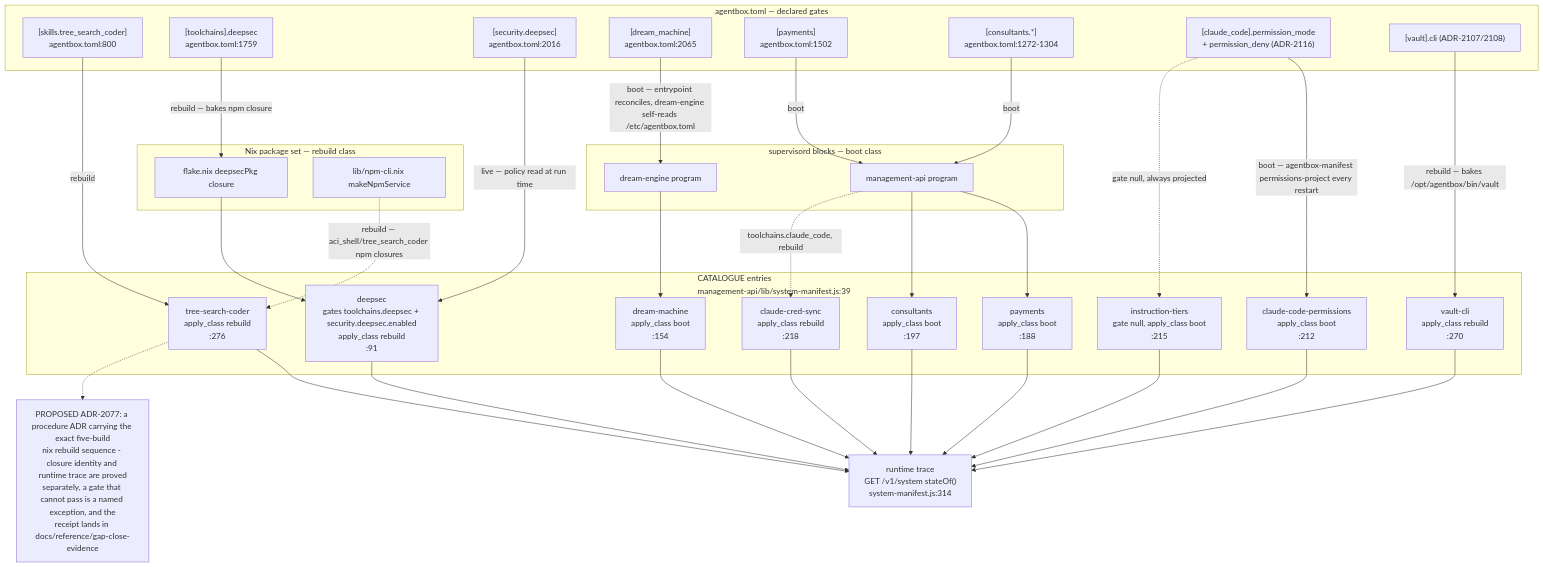
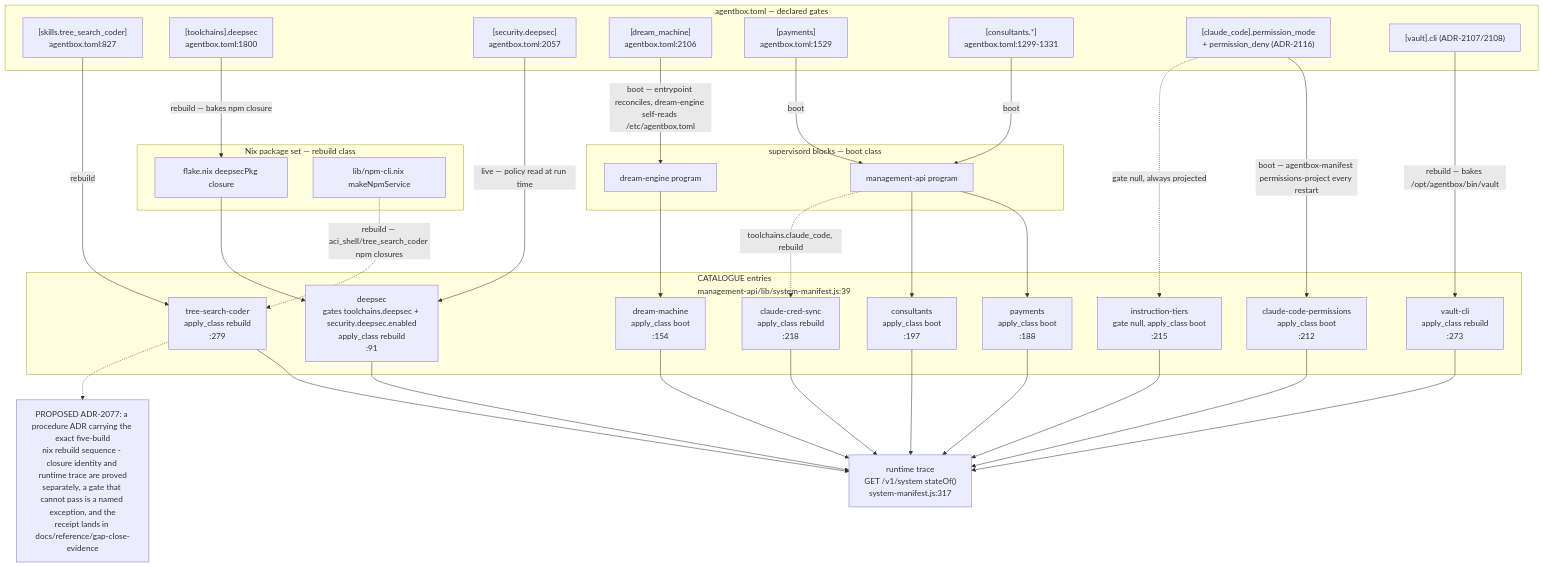
The first of 14 diagrams in docs/diagrams/agentbox/15-capability-gating-spend-consultants.md (DreamLab-AI/VisionFlow), drawn with Mermaid before and after one commit. The commit also changed other lines of this file and 94 other files, not shown here.

First line of the commit message:
docs(diagrams): re-verify 130 topics against 2 October HEADs

````diff
--- a/docs/diagrams/agentbox/15-capability-gating-spend-consultants.md
+++ b/docs/diagrams/agentbox/15-capability-gating-spend-consultants.md
@@ -52,61 +52,61 @@
 ```mermaid
 flowchart TD
     subgraph M["agentbox.toml — declared gates"]
-        M1["[skills.tree_search_coder]<br/>agentbox.toml:800"]
-        M2["[toolchains].deepsec<br/>agentbox.toml:1759"]
-        M3["[security.deepsec]<br/>agentbox.toml:2016"]
-        M4["[dream_machine]<br/>agentbox.toml:2065"]
-        M5["[payments]<br/>agentbox.toml:1502"]
-        M6["[consultants.*]<br/>agentbox.toml:1272-1304"]
+        M1["[skills.tree_search_coder]<br/>agentbox.toml:827"]
+        M2["[toolchains].deepsec<br/>agentbox.toml:1800"]
+        M3["[security.deepsec]<br/>agentbox.toml:2057"]
+        M4["[dream_machine]<br/>agentbox.toml:2106"]
+        M5["[payments]<br/>agentbox.toml:1529"]
+        M6["[consultants.*]<br/>agentbox.toml:1299-1331"]
         M7["[claude_code].permission_mode<br/>+ permission_deny (ADR-2116)"]
         M8["[vault].cli (ADR-2107/2108)"]
     end
     subgraph N["Nix package set — rebuild class"]
         N1["flake.nix deepsecPkg closure"]
         N2["lib/npm-cli.nix makeNpmService"]
     end
     subgraph S["supervisord blocks — boot class"]
         S1["dream-engine program"]
         S2["management-api program"]
     end
     subgraph C["CATALOGUE entries<br/>management-api/lib/system-manifest.js:39"]
-        C1["tree-search-coder<br/>apply_class rebuild<br/>:276"]
+        C1["tree-search-coder<br/>apply_class rebuild<br/>:279"]
         C2["deepsec<br/>gates toolchains.deepsec + security.deepsec.enabled<br/>apply_class rebuild<br/>:91"]
         C3["dream-machine<br/>apply_class boot<br/>:154"]
         C4["payments<br/>apply_class boot<br/>:188"]
         C5["consultants<br/>apply_class boot<br/>:197"]
         C6["claude-code-permissions<br/>apply_class boot<br/>:212"]
         C7["instruction-tiers<br/>gate null, apply_class boot<br/>:215"]
         C8["claude-cred-sync<br/>apply_class rebuild<br/>:218"]
-        C9["vault-cli<br/>apply_class rebuild<br/>:270"]
+        C9["vault-cli<br/>apply_class rebuild<br/>:273"]
     end
-    R["runtime trace<br/>GET /v1/system stateOf()<br/>system-manifest.js:314"]
+    R["runtime trace<br/>GET /v1/system stateOf()<br/>system-manifest.js:317"]
 
     M1 -->|"rebuild"| C1
     M2 -->|"rebuild — bakes npm closure"| N1
     N1 --> C2
     M3 -->|"live — policy read at run time"| C2
     M4 -->|"boot — entrypoint reconciles, dream-engine self-reads /etc/agentbox.toml"| S1
     S1 --> C3
     M5 -->|"boot"| S2
     S2 --> C4
     M6 -->|"boot"| S2
     S2 --> C5
     M7 -->|"boot — agentbox-manifest permissions-project every restart"| C6
     M7 -.->|"gate null, always projected"| C7
     M8 -->|"rebuild — bakes /opt/agentbox/bin/vault"| C9
     S2 -.->|"toolchains.claude_code, rebuild"| C8
     C1 --> R
     C2 --> R
     C3 --> R
     C4 --> R
     C5 --> R
     C6 --> R
     C7 --> R
     C8 --> R
     C9 --> R
     N2 -.->|"rebuild — aci_shell/tree_search_coder npm closures"| C1
 
     note1["PROPOSED ADR-2077: a procedure ADR carrying the exact five-build<br/>nix rebuild sequence - closure identity and runtime trace are proved<br/>separately, a gate that cannot pass is a named exception, and the<br/>receipt lands in docs/reference/gap-close-evidence"]
     C1 -.-> note1
 ```
````
